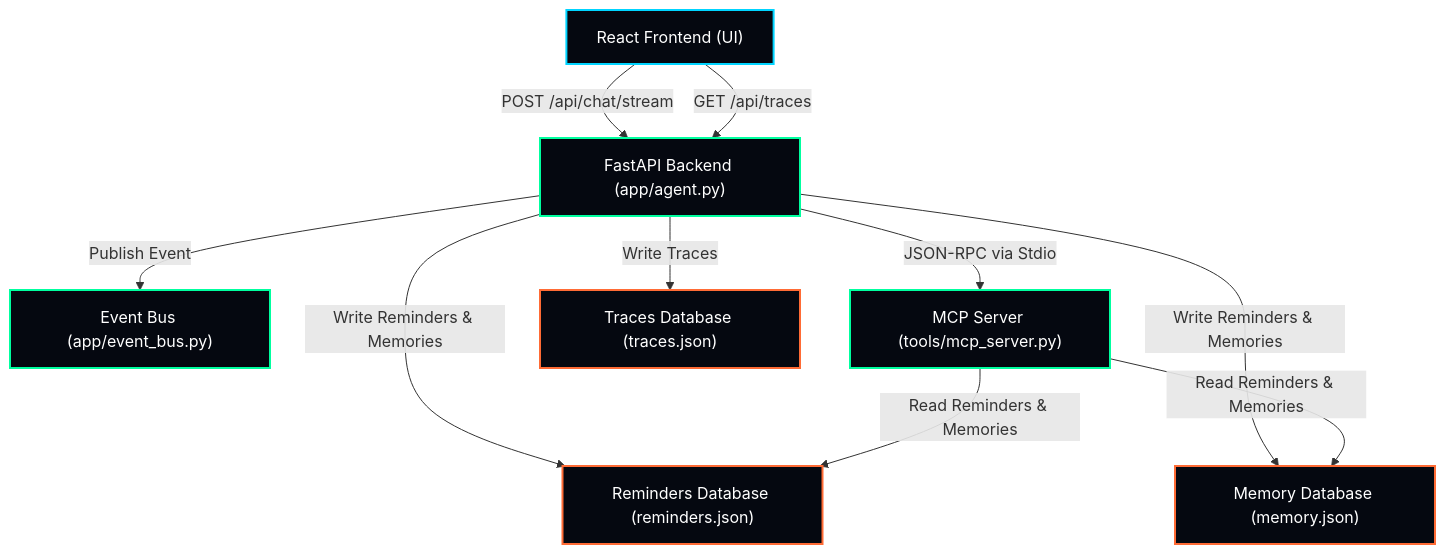
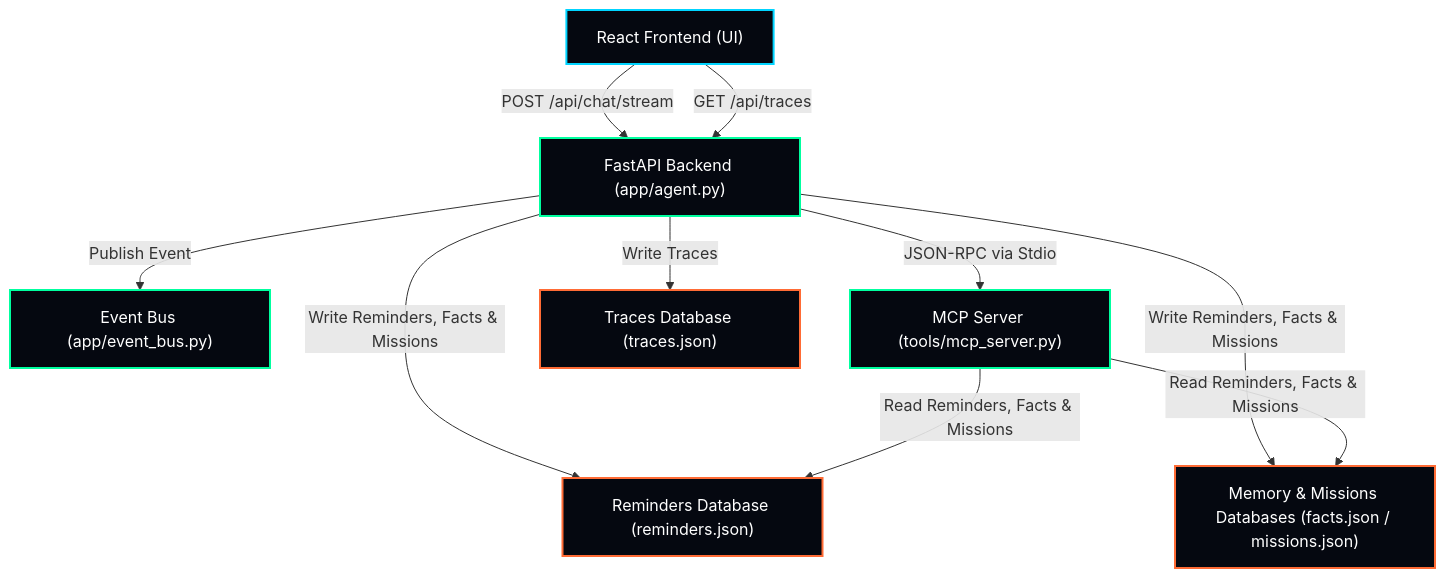
The first of 3 diagrams in jarvis/ARCHITECTURE.md (Mithunvisvesh/jarvis), drawn with Mermaid before and after one commit. The commit also changed 7 other files, not shown here.

````diff
--- a/jarvis/ARCHITECTURE.md
+++ b/jarvis/ARCHITECTURE.md
@@ -11,25 +11,25 @@
 ```mermaid
 graph TD
     %% Styling
     classDef React fill:#050810,stroke:#00D4FF,stroke-width:2px,color:#fff;
     classDef FastAPI fill:#050810,stroke:#00FF9F,stroke-width:2px,color:#fff;
     classDef Storage fill:#050810,stroke:#FF6B35,stroke-width:2px,color:#fff;
     
     %% Nodes
     A["React Frontend (UI)"]:::React
     B["FastAPI Backend (app/agent.py)"]:::FastAPI
     C["Event Bus (app/event_bus.py)"]:::FastAPI
     D["MCP Server (tools/mcp_server.py)"]:::FastAPI
     E["Reminders Database (reminders.json)"]:::Storage
-    F["Memory Database (memory.json)"]:::Storage
+    F["Memory & Missions Databases (facts.json / missions.json)"]:::Storage
     G["Traces Database (traces.json)"]:::Storage
 
     %% Connections
     A -->|POST /api/chat/stream| B
     A -->|GET /api/traces| B
     B -->|Publish Event| C
-    B -->|Write Reminders & Memories| E & F
+    B -->|Write Reminders, Facts & Missions| E & F
     B -->|Write Traces| G
     B -->|JSON-RPC via Stdio| D
-    D -->|Read Reminders & Memories| E & F
+    D -->|Read Reminders, Facts & Missions| E & F
 ```
````
